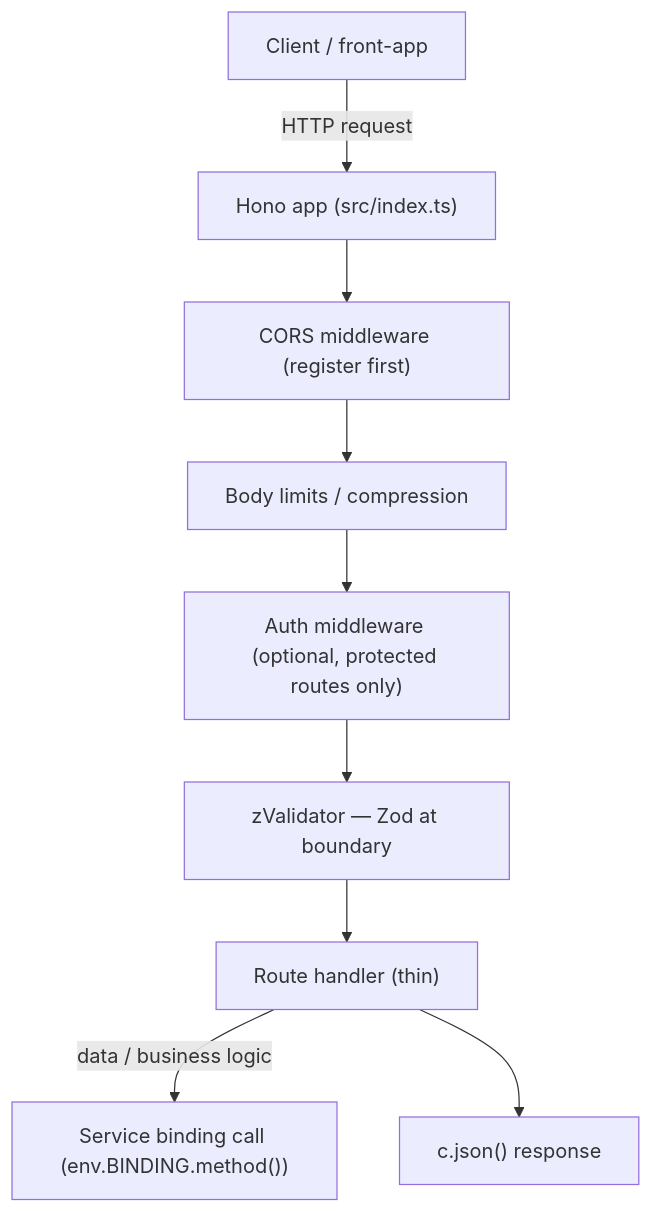
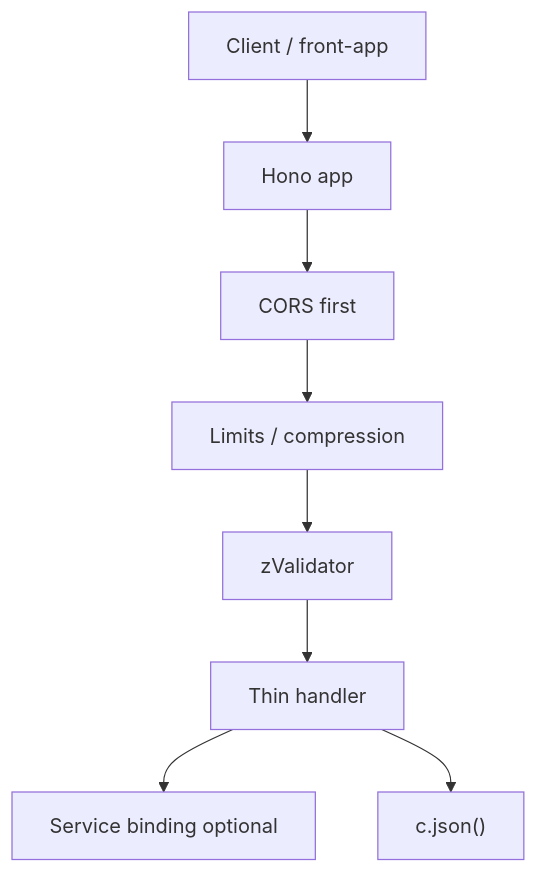
Before and after one commit to louisbrulenaudet/monorepo-template: the diagram in apps/worker-api/AGENTS.md, drawn with Mermaid. The commit also changed other lines of this file and 190 other files, not shown here.

````diff
--- a/apps/worker-api/AGENTS.md
+++ b/apps/worker-api/AGENTS.md
@@ -57,11 +40,10 @@
 ```mermaid
 flowchart TD
-  Client["Client / front-app"] -->|"HTTP request"| HonoApp["Hono app (src/index.ts)"]
-  HonoApp --> CORS["CORS middleware (register first)"]
-  CORS --> Limits["Body limits / compression"]
-  Limits --> Auth["Auth middleware (optional, protected routes only)"]
-  Auth --> Validation["zValidator — Zod at boundary"]
-  Validation --> Handler["Route handler (thin)"]
-  Handler -->|"data / business logic"| Binding["Service binding call (env.BINDING.method())"]
-  Handler --> Response["c.json() response"]
+  Client["Client / front-app"] --> HonoApp["Hono app"]
+  HonoApp --> CORS["CORS first"]
+  CORS --> Limits["Limits / compression"]
+  Limits --> Validation["zValidator"]
+  Validation --> Handler["Thin handler"]
+  Handler --> Binding["Service binding optional"]
+  Handler --> Response["c.json()"]
 ```
````
